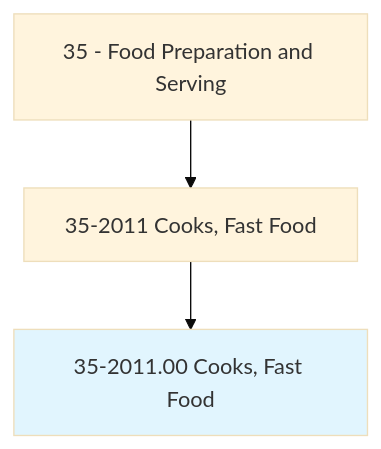
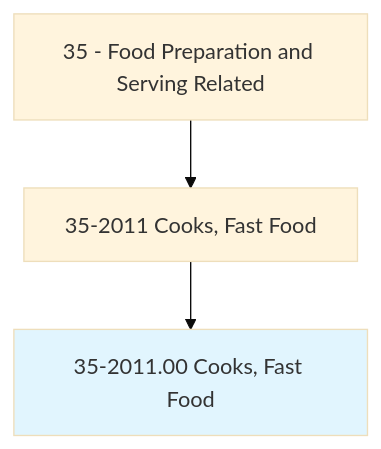
The first of 4 diagrams in occupations/FoodService/CooksFastFood.mdx (kziemski/business.org.ai), drawn with Mermaid (base theme) before and after one commit. The commit also changed other lines of this file and 938 other files, not shown here.

````diff
--- a/occupations/FoodService/CooksFastFood.mdx
+++ b/occupations/FoodService/CooksFastFood.mdx
@@ -19,6 +23,6 @@
 ```mermaid
 graph TD
-    Cat35["35 - Food Preparation and Serving"] --> Group352011["35-2011 Cooks, Fast Food"]
+    Cat35["35 - Food Preparation and Serving Related"] --> Group352011["35-2011 Cooks, Fast Food"]
     Group352011 --> Current["35-2011.00 Cooks, Fast Food"]
     style Current fill:#e1f5fe
 ```
````
